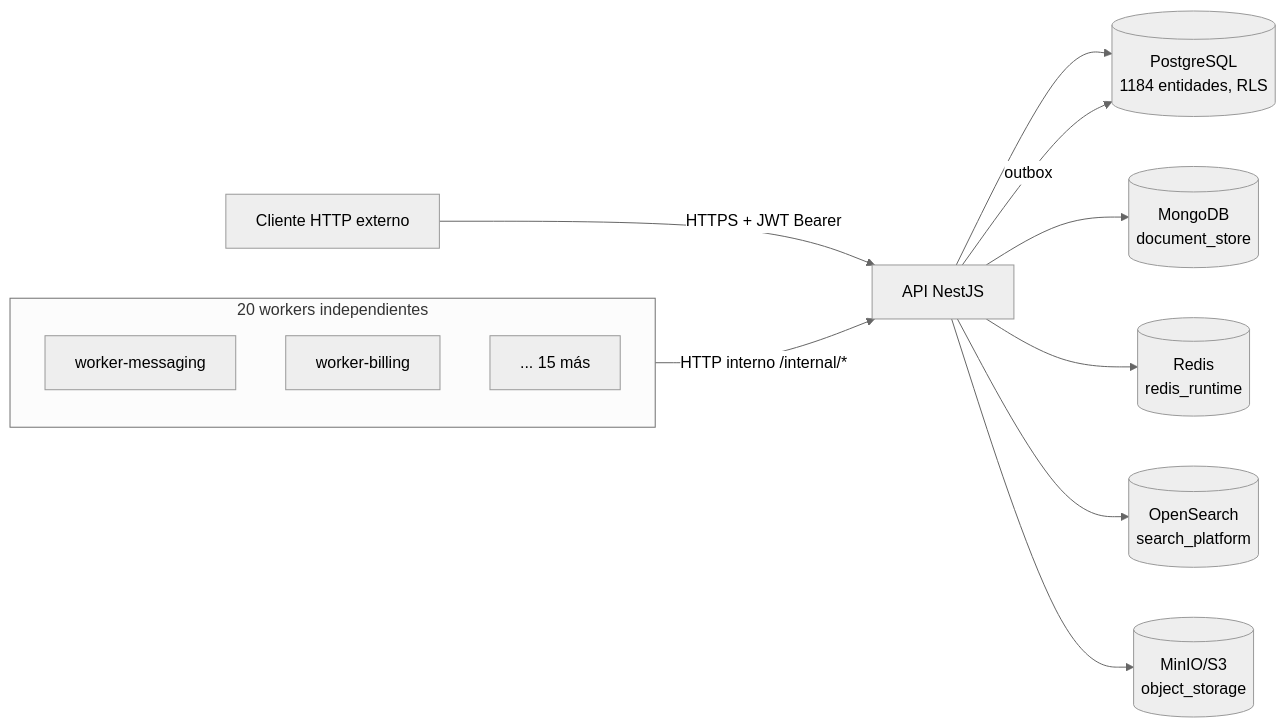
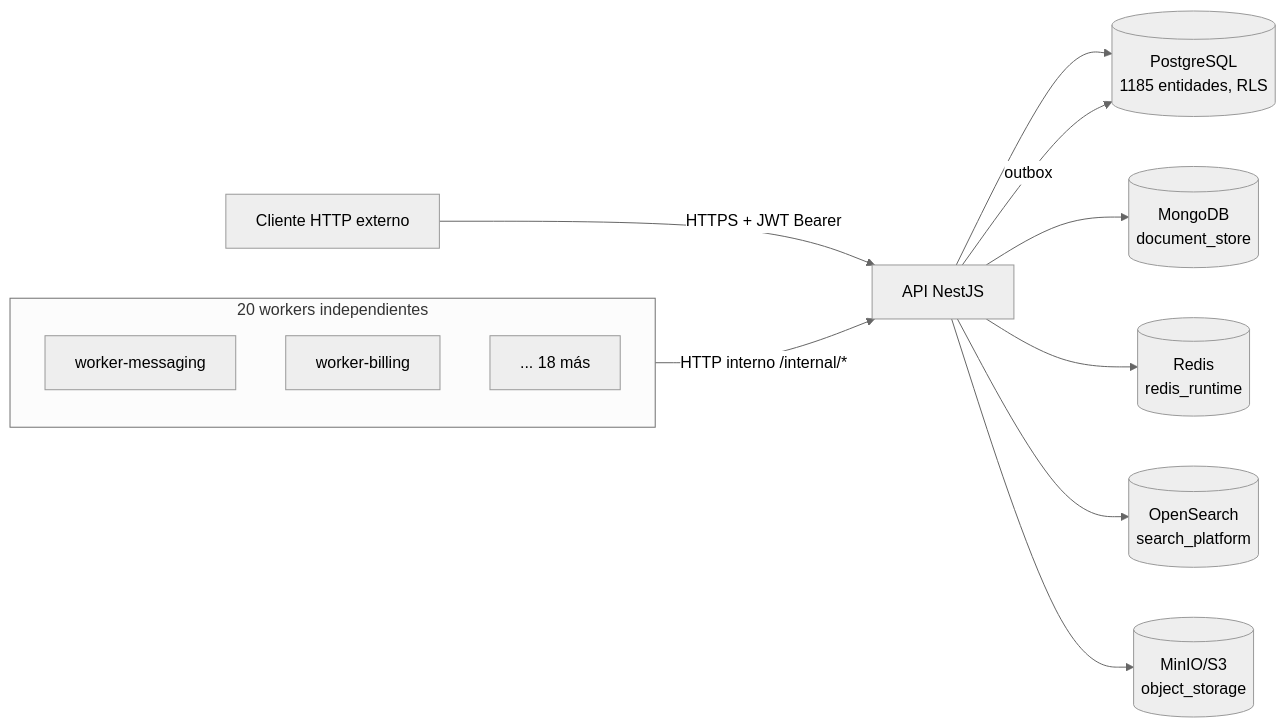
The diagram in docs/index.md (mdavila-2001/mantra-core-health-api), drawn with Mermaid (neutral theme) before and after one commit. The commit also changed other lines of this file and 227 other files, not shown here.

````diff
--- a/docs/index.md
+++ b/docs/index.md
@@ -18,17 +19,17 @@
 ```mermaid
 flowchart LR
   Client[Cliente HTTP externo] -->|HTTPS + JWT Bearer| API[API NestJS]
-  API --> PG[(PostgreSQL<br/>1184 entidades, RLS)]
+  API --> PG[(PostgreSQL<br/>1185 entidades, RLS)]
   API --> Mongo[(MongoDB<br/>document_store)]
   API --> Redis[(Redis<br/>redis_runtime)]
   API --> OS[(OpenSearch<br/>search_platform)]
   API --> MinIO[(MinIO/S3<br/>object_storage)]
   API -->|outbox| PG
   subgraph W[20 workers independientes]
     direction TB
     W1[worker-messaging]
     W2[worker-billing]
-    Wn[... 15 más]
+    Wn[... 18 más]
   end
   W -->|HTTP interno /internal/*| API
 ```
````
